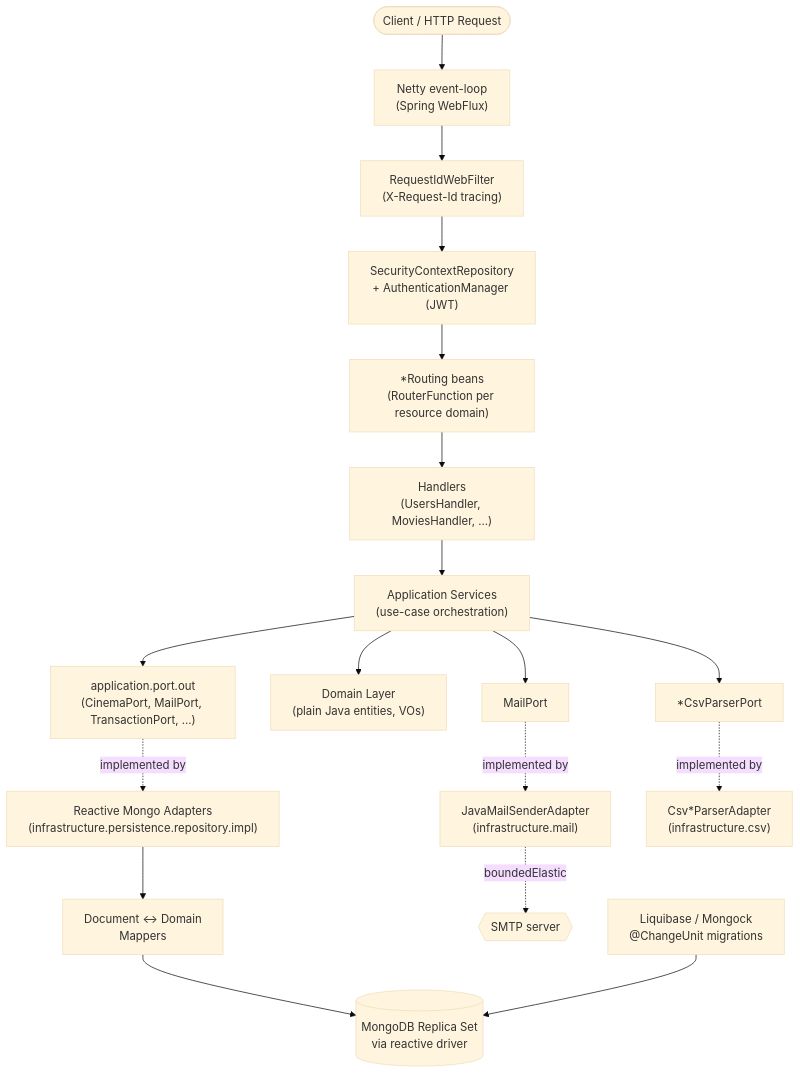
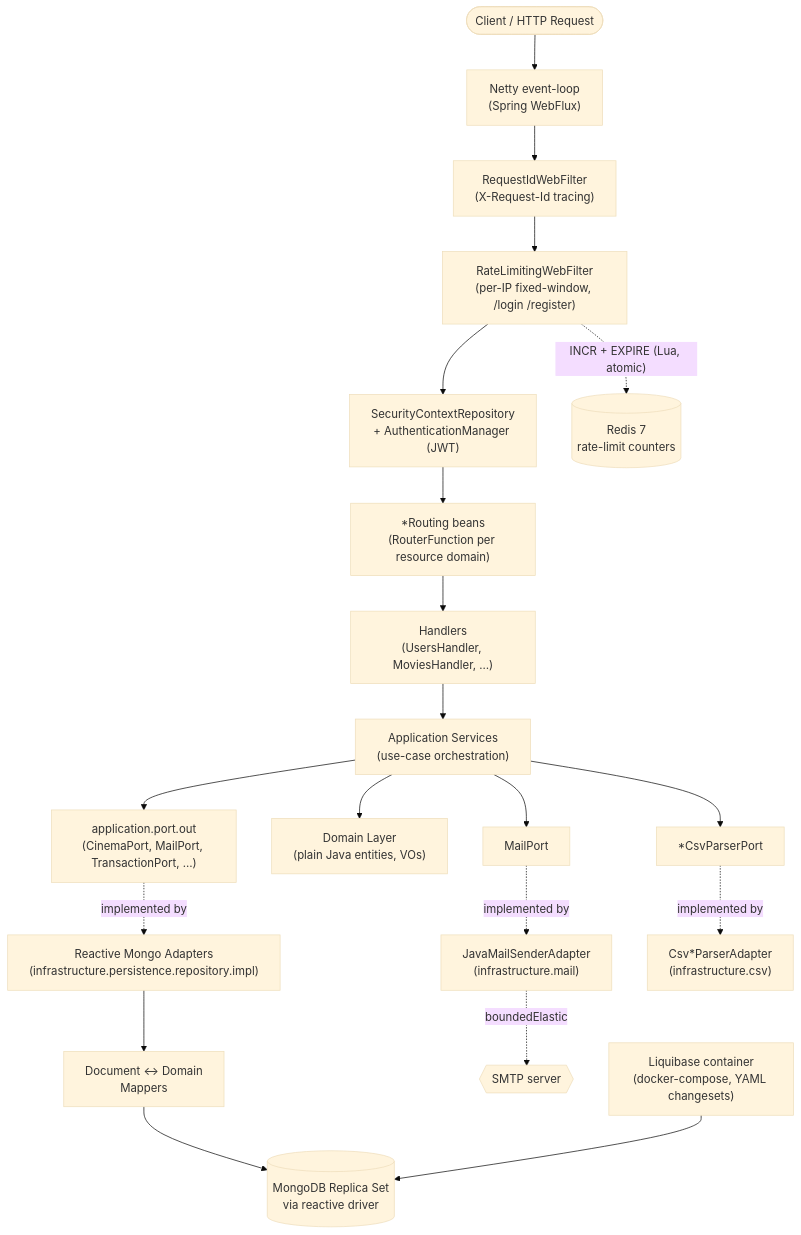
One commit to mrzodeczko-dev/Reactive-RESTful-API-Cinema-Ticketing-Platform-Spring-WebFlux- changed the third of 5 diagrams in readme.md. Above: the diagram before and after it, drawn with Mermaid (base theme). The commit also changed other lines of this file, not shown here.

````diff
--- a/readme.md
+++ b/readme.md
@@ -399,20 +396,22 @@
 ```mermaid
 graph TD
     Client(["Client / HTTP Request"]) --> NETTY["Netty event-loop<br/>(Spring WebFlux)"]
     NETTY --> REQID["RequestIdWebFilter<br/>(X-Request-Id tracing)"]
-    REQID --> SEC["SecurityContextRepository<br/>+ AuthenticationManager (JWT)"]
+    REQID --> RATELIMIT["RateLimitingWebFilter<br/>(per-IP fixed-window, /login /register)"]
+    RATELIMIT --> SEC["SecurityContextRepository<br/>+ AuthenticationManager (JWT)"]
+    RATELIMIT -. "INCR + EXPIRE (Lua, atomic)" .-> REDIS[("Redis 7<br/>rate-limit counters")]
     SEC --> ROUTER["*Routing beans<br/>(RouterFunction per resource domain)"]
     ROUTER --> H["Handlers<br/>(UsersHandler, MoviesHandler, …)"]
     H --> APP["Application Services<br/>(use-case orchestration)"]
     APP --> PORTS["application.port.out<br/>(CinemaPort, MailPort, TransactionPort, …)"]
     APP --> DOM["Domain Layer<br/>(plain Java entities, VOs)"]
     PORTS -.implemented by.-> ADAPTERS["Reactive Mongo Adapters<br/>(infrastructure.persistence.repository.impl)"]
     ADAPTERS --> MAPPER["Document ↔ Domain<br/>Mappers"]
     MAPPER --> MDB[("MongoDB Replica Set<br/>via reactive driver")]
     APP --> MAILPORT["MailPort"]
     MAILPORT -.implemented by.-> MAILADAPTER["JavaMailSenderAdapter<br/>(infrastructure.mail)"]
     MAILADAPTER -.boundedElastic.-> SMTP{{"SMTP server"}}
     APP --> CSVPORT["*CsvParserPort"]
     CSVPORT -.implemented by.-> CSVADAPTER["Csv*ParserAdapter<br/>(infrastructure.csv)"]
-    MONGOCK["Liquibase / Mongock<br/>@ChangeUnit migrations"] --> MDB
+    LIQUIBASE["Liquibase container<br/>(docker-compose, YAML changesets)"] --> MDB
 ```
````
